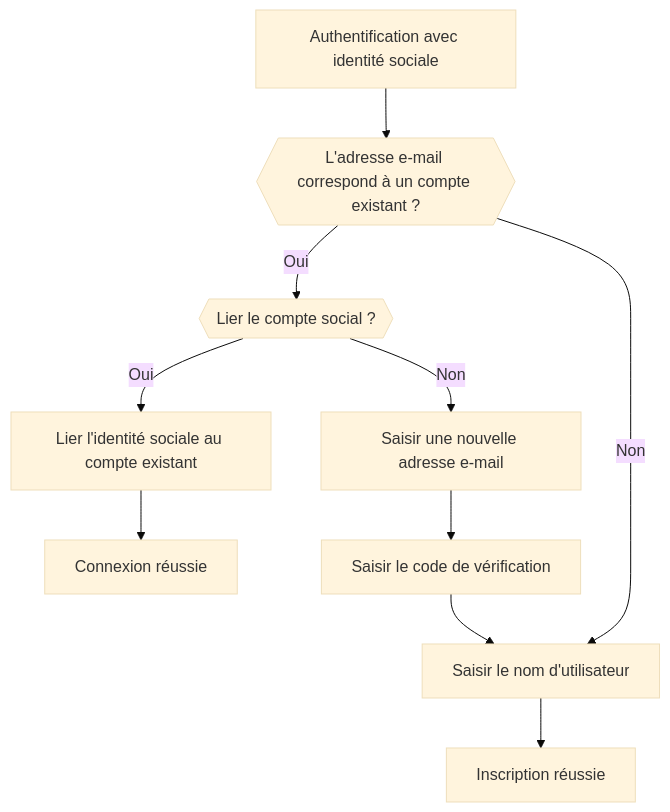
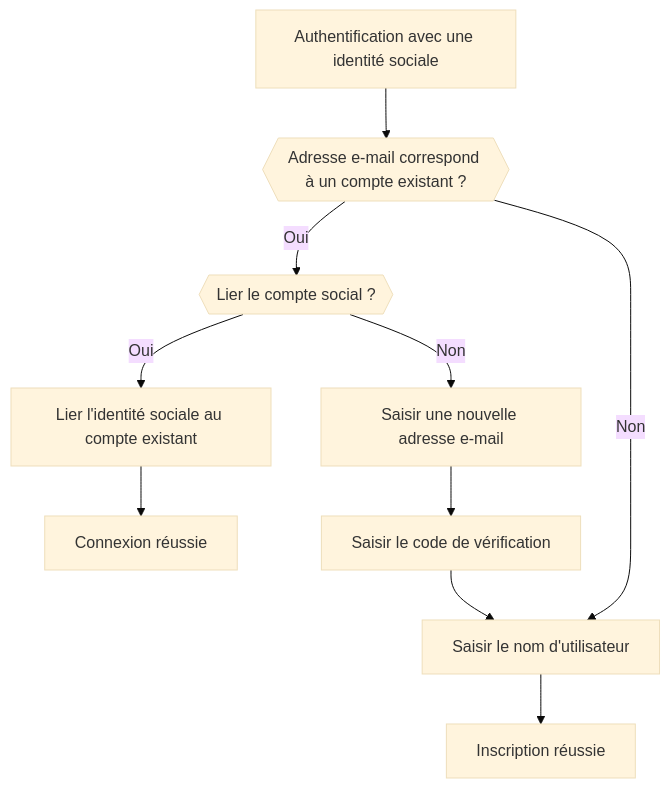
The fifth of 6 diagrams in i18n/fr/docusaurus-plugin-content-docs/current/end-user-flows/sign-up-and-sign-in/social-sign-in.mdx (logto-io/docs), drawn with Mermaid (base theme) before and after one commit. The commit also changed other lines of this file and 59 other files, not shown here.

````diff
--- a/i18n/fr/docusaurus-plugin-content-docs/current/end-user-flows/sign-up-and-sign-in/social-sign-in.mdx
+++ b/i18n/fr/docusaurus-plugin-content-docs/current/end-user-flows/sign-up-and-sign-in/social-sign-in.mdx
@@ -159,12 +134,12 @@
    ```mermaid
       flowchart TD
-       A[Authentification avec identité sociale] --> B{{L'adresse e-mail correspond à un compte existant ?}}
+       A[Authentification avec une identité sociale] --> B{{Adresse e-mail correspond à un compte existant ?}}
        B -- Oui --> C{{Lier le compte social ?}}
        C -- Oui --> D[Lier l'identité sociale au compte existant]
        D --> E[Connexion réussie]
        C -- Non --> F[Saisir une nouvelle adresse e-mail]
        F --> G[Saisir le code de vérification]
        G --> H[Saisir le nom d'utilisateur]
        H --> I[Inscription réussie]
        B -- Non --> H
    ```
````
